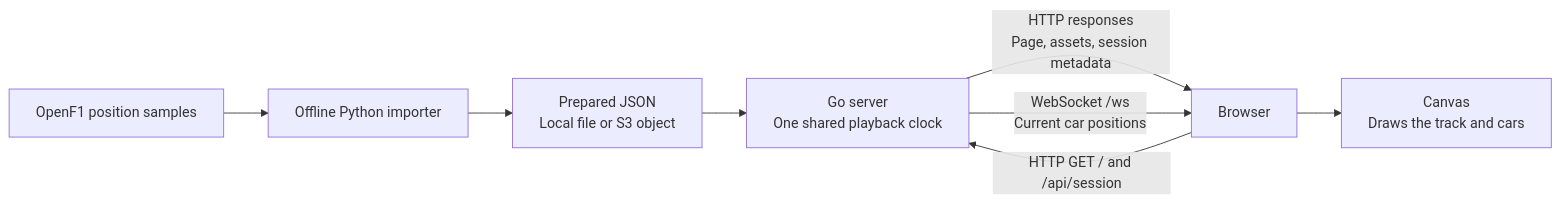
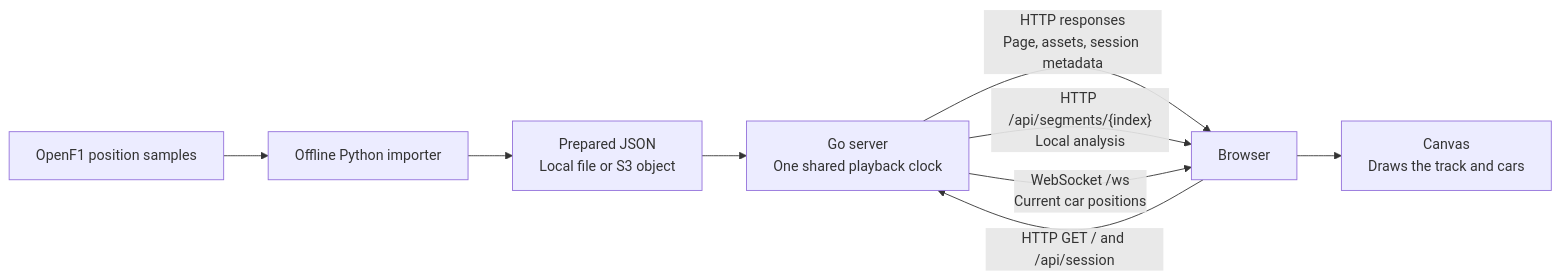
The diagram in PROJECT_GUIDE.md (auscodes/f1-race-replay), drawn with Mermaid before and after one commit. The commit also changed other lines of this file and 1 other file, not shown here.

Commit message:
docs: record full-race testing and local storage verification

````diff
--- a/PROJECT_GUIDE.md
+++ b/PROJECT_GUIDE.md
@@ -7,10 +7,11 @@
 ```mermaid
 flowchart LR
     S["OpenF1 position samples"] --> P["Offline Python importer"]
     P --> A["Prepared JSON<br/>Local file or S3 object"]
     A --> B["Go server<br/>One shared playback clock"]
     C["Browser"] -->|"HTTP GET / and /api/session"| B
     B -->|"HTTP responses<br/>Page, assets, session metadata"| C
+    B -->|"HTTP /api/segments/{index}<br/>Local analysis"| C
     B -->|"WebSocket /ws<br/>Current car positions"| C
     C --> D["Canvas<br/>Draws the track and cars"]
 ```
````
